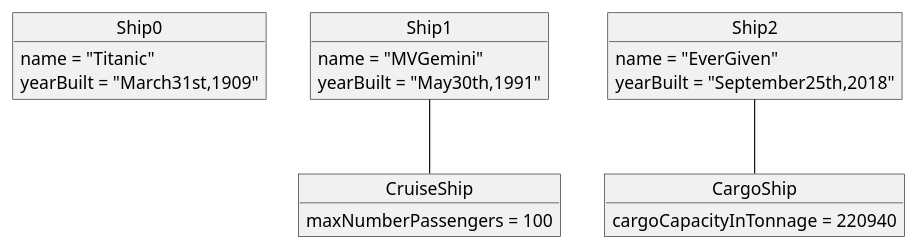
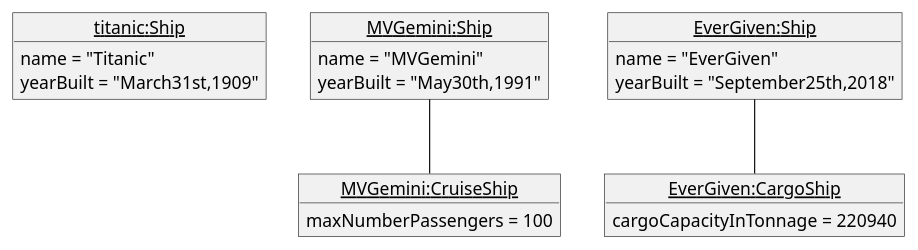
Before and after one commit to minjung1004/CS4800-HW3: the diagram in src/ObjectDiagram/Ships.puml, drawn with PlantUML. The commit also changed 7 other files, not shown here.

```diff
--- a/src/ObjectDiagram/Ships.puml
+++ b/src/ObjectDiagram/Ships.puml
@@ -1,28 +1,29 @@
 @startuml
-object Ship0 {
+
+object "<u>titanic:Ship</u>" as ts {
     name = "Titanic"
     yearBuilt = "March31st,1909"
 }
 
-object Ship1 {
+object "<u>MVGemini:Ship</u>" as mv  {
     name = "MVGemini"
     yearBuilt = "May30th,1991"
 }
 
-object CruiseShip {
+object "<u>MVGemini:CruiseShip</u>" as cruise {
     maxNumberPassengers = 100
 }
 
-object Ship2 {
+object  "<u>EverGiven:Ship</u>" as eg {
        name = "EverGiven"
        yearBuilt = "September25th,2018"
 }
 
-object CargoShip {
+object "<u>EverGiven:CargoShip</u>" as cargo {
     cargoCapacityInTonnage = 220940
 }
 
 
-Ship1 -- CruiseShip
-Ship2 -- CargoShip
+mv -- cruise
+eg -- cargo
 @enduml
```
